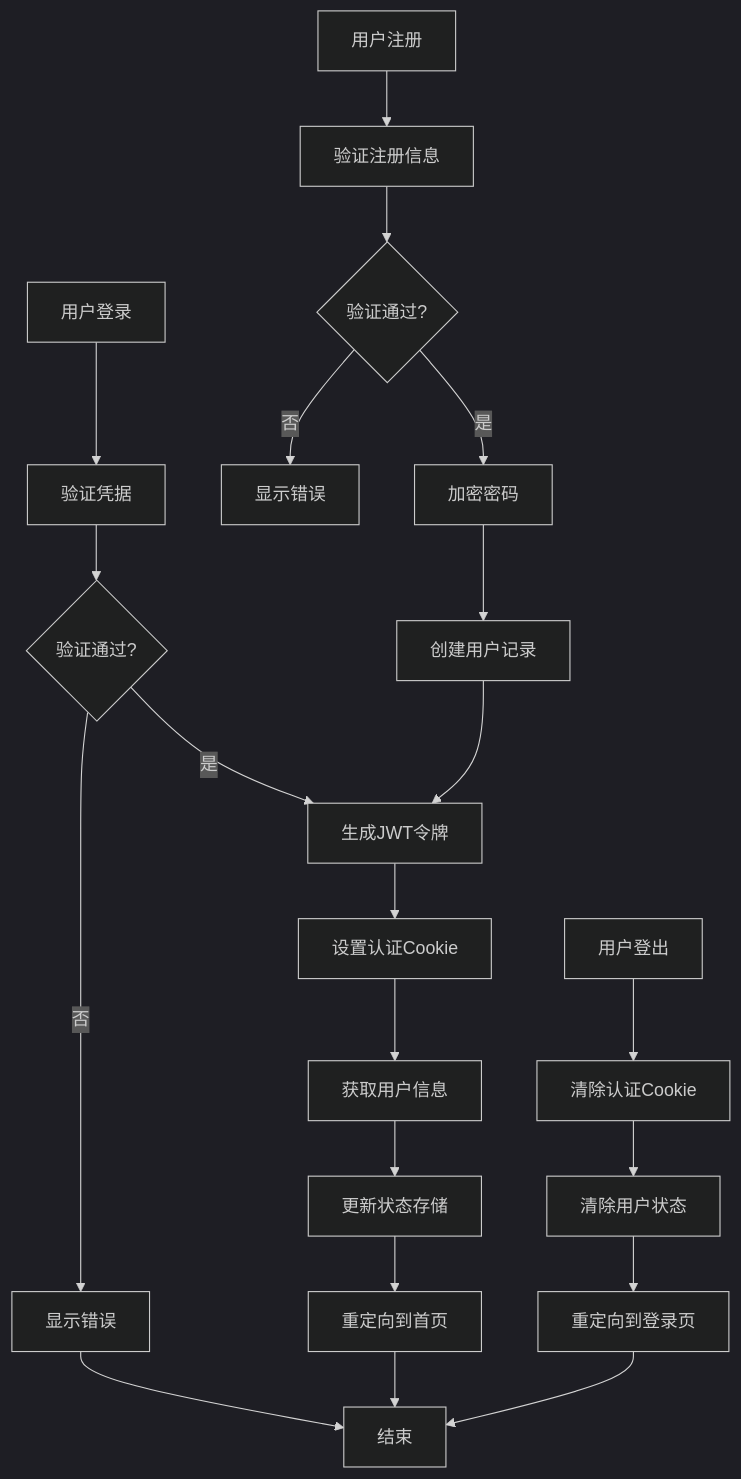
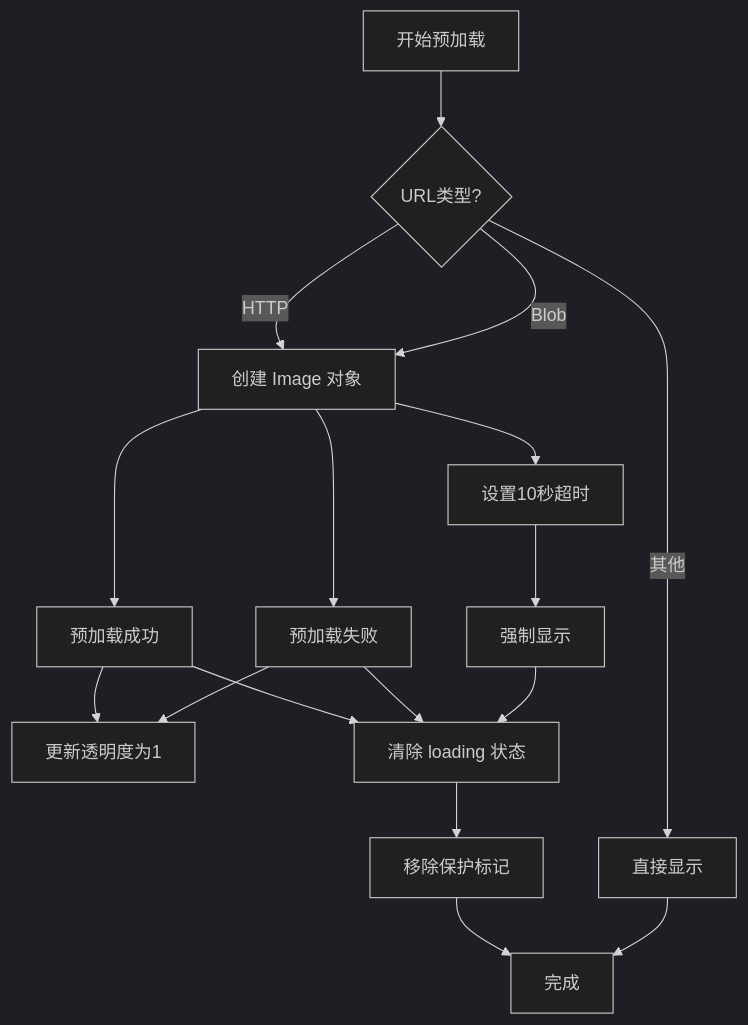
Before and after one commit to billye220670/BananaFlow2: the tenth of 18 diagrams in .qoder/repowiki/zh/content/状态管理系统.md, drawn with Mermaid (dark theme). The commit also changed other lines of this file and 6 other files, not shown here.

````diff
--- a/.qoder/repowiki/zh/content/状态管理系统.md
+++ b/.qoder/repowiki/zh/content/状态管理系统.md
@@ -603,23 +531,19 @@
 ```mermaid
 flowchart TD
-Login[用户登录] --> Validate[验证凭据]
-Validate --> Valid{验证通过?}
-Valid --> |否| LoginError[显示错误]
-Valid --> |是| GenerateToken[生成JWT令牌]
-GenerateToken --> SetCookie[设置认证Cookie]
-SetCookie --> FetchUserInfo[获取用户信息]
-FetchUserInfo --> UpdateStore[更新状态存储]
-UpdateStore --> RedirectHome[重定向到首页]
-LoginError --> End[结束]
-RedirectHome --> End
-Logout[用户登出] --> ClearCookie[清除认证Cookie]
-ClearCookie --> ClearStore[清除用户状态]
-ClearStore --> RedirectLogin[重定向到登录页]
-RedirectLogin --> End
-Register[用户注册] --> ValidateInput[验证注册信息]
-ValidateInput --> ValidReg{验证通过?}
-ValidReg --> |否| RegError[显示错误]
-ValidReg --> |是| HashPassword[加密密码]
-HashPassword --> CreateUser[创建用户记录]
-CreateUser --> GenerateToken
+Start[开始预加载] --> CheckURL{URL类型?}
+CheckURL --> |HTTP| CreateImage[创建 Image 对象]
+CheckURL --> |Blob| CreateImage
+CheckURL --> |其他| DirectDisplay[直接显示]
+CreateImage --> SetTimeout[设置10秒超时]
+CreateImage --> OnLoad[预加载成功]
+CreateImage --> OnError[预加载失败]
+OnLoad --> UpdateOpacity[更新透明度为1]
+OnLoad --> ClearLoading[清除 loading 状态]
+OnError --> UpdateOpacity
+OnError --> ClearLoading
+SetTimeout --> ForceDisplay[强制显示]
+ForceDisplay --> ClearLoading
+ClearLoading --> RemoveProtection[移除保护标记]
+RemoveProtection --> End[完成]
+DirectDisplay --> End
 ```
````
